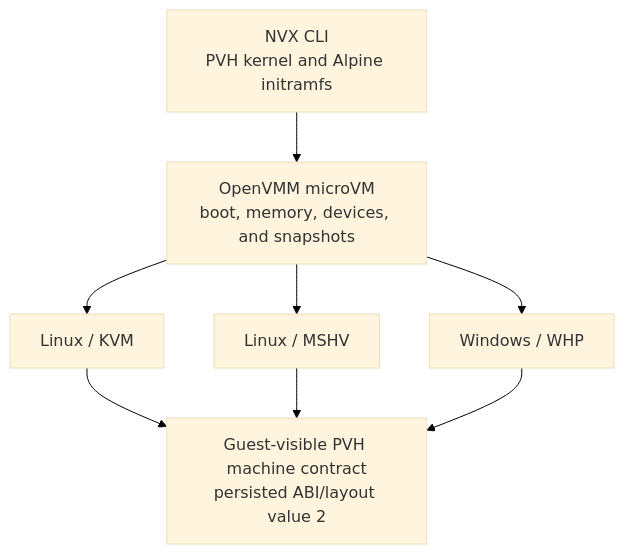
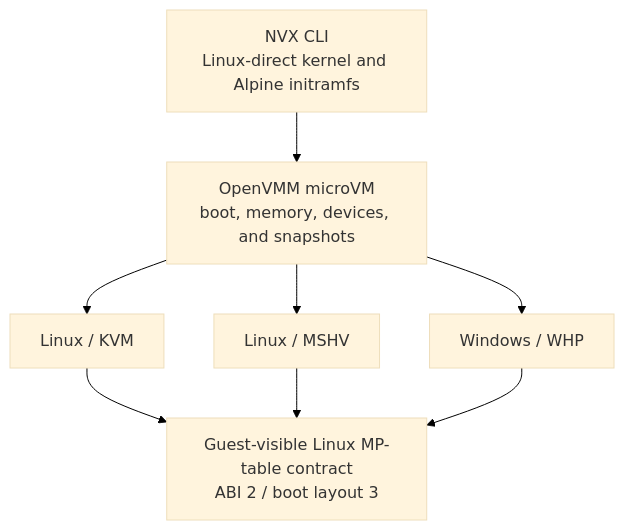
One commit to microsoft/nvx changed the diagram in doc/design/goals.md. Above: the diagram before and after it, drawn with Mermaid. The commit also changed other lines of this file and 23 other files, not shown here.

First line of the commit message:
Adopt ACPI-free Linux direct boot for microVMs

````diff
--- a/doc/design/goals.md
+++ b/doc/design/goals.md
@@ -27,18 +27,18 @@
 ```mermaid
 %%{init: {"theme": "base", "themeVariables": {"background": "#ffffff"}}}%%
 flowchart TB
-   Inputs["NVX CLI<br/>PVH kernel and Alpine initramfs"]
+   Inputs["NVX CLI<br/>Linux-direct kernel and Alpine initramfs"]
    Profile["OpenVMM microVM<br/>boot, memory, devices, and snapshots"]
    Kvm["Linux / KVM"]
    Mshv["Linux / MSHV"]
    Whp["Windows / WHP"]
-   Contract["Guest-visible PVH machine contract<br/>persisted ABI/layout value 2"]
+   Contract["Guest-visible Linux MP-table contract<br/>ABI 2 / boot layout 3"]
 
    Inputs --> Profile
    Profile --> Kvm
    Profile --> Mshv
    Profile --> Whp
    Kvm --> Contract
    Mshv --> Contract
    Whp --> Contract
 ```
````
